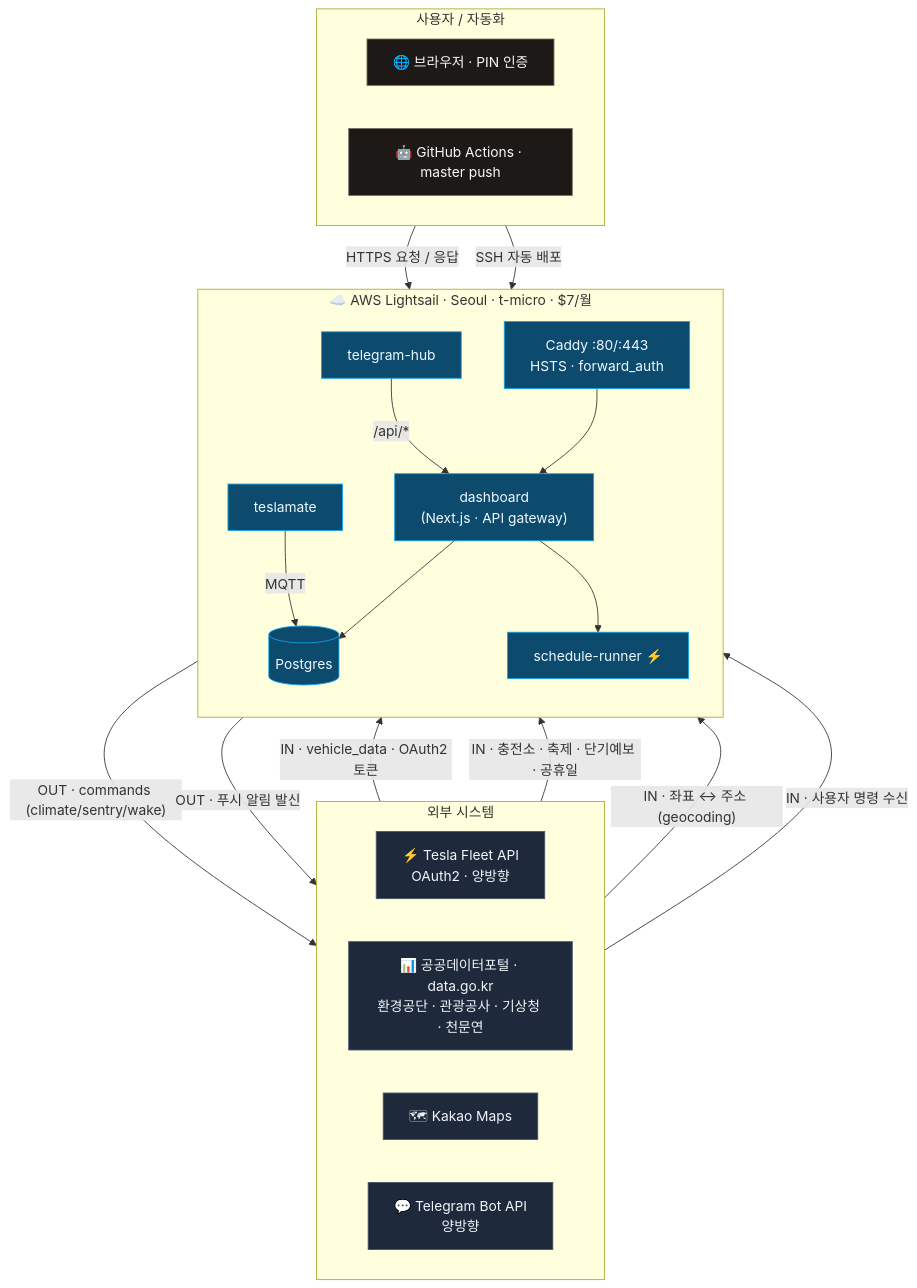
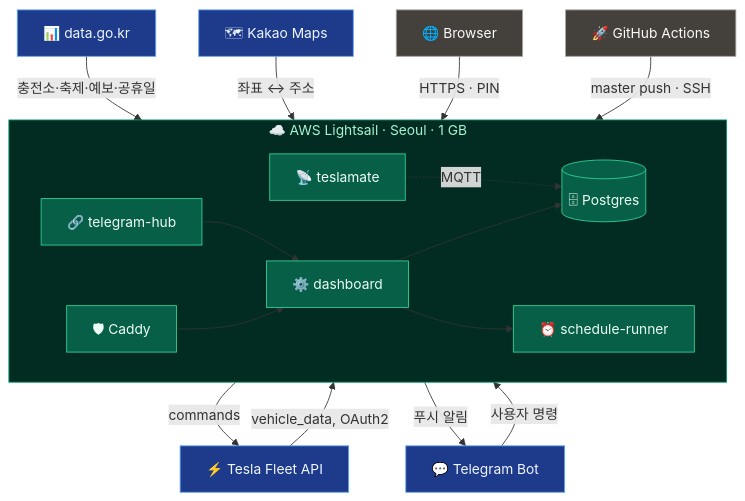
One commit to ComMslee/myDash changed the diagram in README.md. Above: the diagram before and after it, drawn with Mermaid.

Commit message:
docs(readme): 아키텍처 다이어그램 압축 (TD + 짧은 라벨 → 화면 안에 맞음)
- LR + 긴 라벨 → TD 레이아웃, 노드별 1줄 라벨
- 부가 설명(<i> 태그, bidirectional 등) 제거
- IN/OUT 라벨은 데이터 항목만 유지

````diff
--- a/README.md
+++ b/README.md
@@ -18,47 +18,42 @@
 ```mermaid
-flowchart TB
-    subgraph Ext["외부 시스템"]
+flowchart TD
+    Tesla["⚡ Tesla Fleet API"]
+    Gov["📊 data.go.kr"]
+    Kakao["🗺 Kakao Maps"]
+    TG["💬 Telegram Bot"]
+
+    subgraph LS["☁️ AWS Lightsail · Seoul · 1 GB"]
         direction LR
-        Tesla["⚡ Tesla Fleet API<br/>OAuth2 · 양방향"]
-        Gov["📊 공공데이터포털 · data.go.kr<br/>환경공단 · 관광공사 · 기상청 · 천문연"]
-        Kakao["🗺 Kakao Maps"]
-        TG["💬 Telegram Bot API<br/>양방향"]
+        Caddy["🛡 Caddy"]
+        Dashboard["⚙️ dashboard"]
+        Hub["🔗 telegram-hub"]
+        Scheduler["⏰ schedule-runner"]
+        TM["📡 teslamate"]
+        DB[("🗄 Postgres")]
+        Caddy --> Dashboard
+        Dashboard --> DB
+        Dashboard --> Scheduler
+        Hub --> Dashboard
+        TM -. MQTT .-> DB
     end
 
-    subgraph Ls["☁️ AWS Lightsail · Seoul · t-micro · $7/월"]
-        direction TB
-        Caddy["Caddy :80/:443<br/>HSTS · forward_auth"]
-        Dashboard["dashboard<br/>(Next.js · API gateway)"]
-        Scheduler["schedule-runner ⚡"]
-        Hub["telegram-hub"]
-        TM["teslamate"]
-        Postgres[("Postgres")]
-        Caddy --> Dashboard
-        Dashboard --> Postgres
-        Hub -- "/api/*" --> Dashboard
-        TM -- "MQTT" --> Postgres
-        Dashboard --> Scheduler
-    end
+    Browser["🌐 Browser"]
+    GHA["🚀 GitHub Actions"]
 
-    subgraph Cli["사용자 / 자동화"]
-        direction LR
-        Browser["🌐 브라우저 · PIN 인증"]
-        GHA["🤖 GitHub Actions · master push"]
-    end
+    Tesla -- "vehicle_data, OAuth2" --> Dashboard
+    Scheduler -- "commands" --> Tesla
+    Gov -- "충전소·축제·예보·공휴일" --> Dashboard
+    Kakao -- "좌표 ↔ 주소" --> Dashboard
+    TG -- "사용자 명령" --> Hub
+    Hub -- "푸시 알림" --> TG
+    Browser -- "HTTPS · PIN" --> Caddy
+    GHA -- "master push · SSH" --> Caddy
 
-    Tesla   -- "IN · vehicle_data · OAuth2 토큰"            --> Dashboard
-    Scheduler -- "OUT · commands (climate/sentry/wake)"     --> Tesla
-    Gov     -- "IN · 충전소 · 축제 · 단기예보 · 공휴일"      --> Dashboard
-    Kakao   -- "IN · 좌표 ↔ 주소 (geocoding)"                --> Dashboard
-    TG      -- "IN · 사용자 명령 수신"                       --> Hub
-    Hub     -- "OUT · 푸시 알림 발신"                        --> TG
-    Browser -- "HTTPS 요청 / 응답"                           --> Caddy
-    GHA     -- "SSH 자동 배포"                               --> Ls
-
-    classDef ext fill:#1e293b,stroke:#475569,color:#f1f5f9
-    classDef ls fill:#0c4a6e,stroke:#0ea5e9,color:#f0f9ff
-    classDef cli fill:#1c1917,stroke:#78716c,color:#fafaf9
+    classDef ext fill:#1e3a8a,stroke:#60a5fa,color:#eff6ff
+    classDef ls fill:#065f46,stroke:#34d399,color:#ecfdf5
+    classDef cli fill:#44403c,stroke:#a8a29e,color:#fafaf9
     class Tesla,Gov,Kakao,TG ext
-    class Caddy,Dashboard,Scheduler,Hub,TM,Postgres ls
+    class Caddy,Dashboard,Hub,Scheduler,TM,DB ls
     class Browser,GHA cli
+    style LS fill:#022c22,stroke:#059669,color:#a7f3d0
 ```
````
